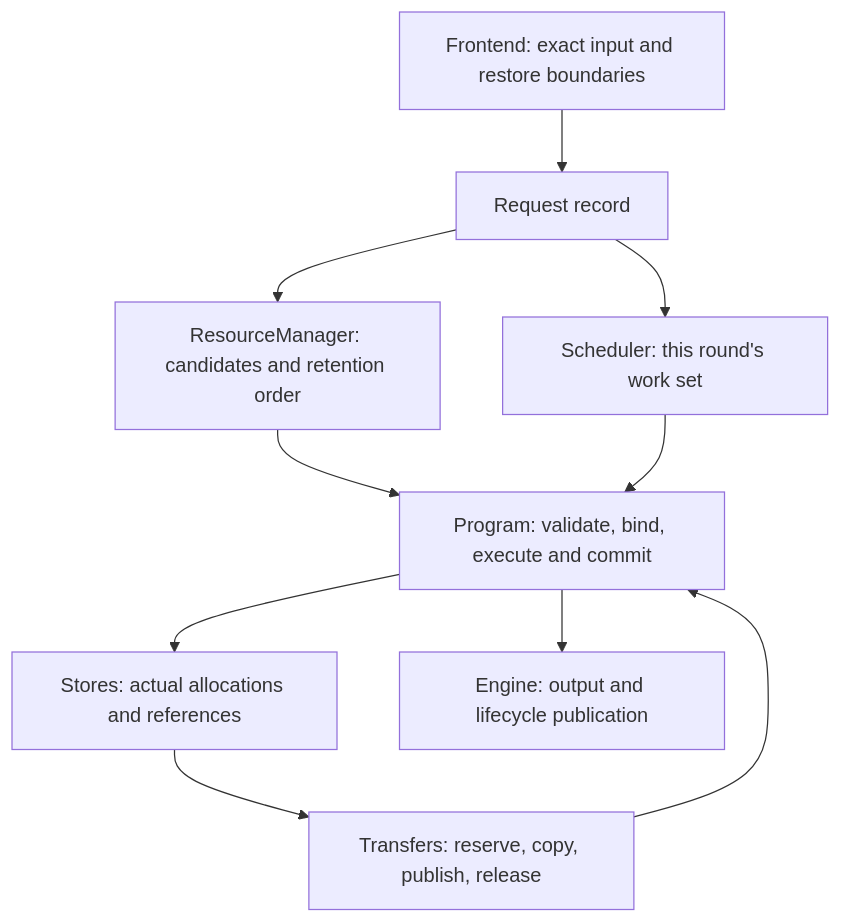
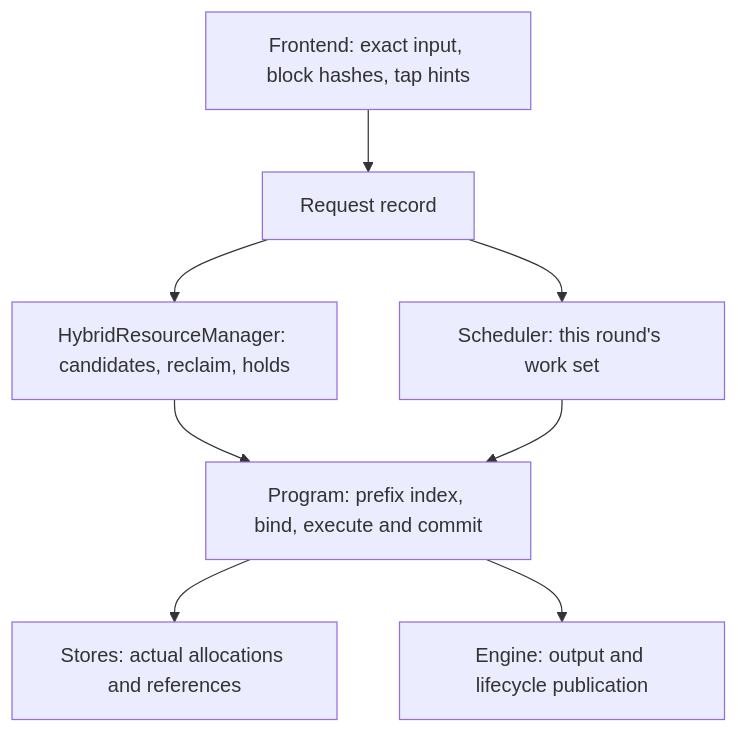
Before and after one commit to Wallawalla47/Infernix: the diagram in docs/maintainer/resource-scheduling-and-context-cache.md, drawn with Mermaid. The commit also changed other lines of this file and 106 other files, not shown here.

````diff
--- a/docs/maintainer/resource-scheduling-and-context-cache.md
+++ b/docs/maintainer/resource-scheduling-and-context-cache.md
@@ -47,12 +37,10 @@
 ```mermaid
 flowchart TD
-    F[Frontend: exact input and restore boundaries] --> Q[Request record]
+    F[Frontend: exact input, block hashes, tap hints] --> Q[Request record]
     Q --> S[Scheduler: this round's work set]
-    Q --> R[ResourceManager: candidates and retention order]
-    R --> N[Program: validate, bind, execute and commit]
+    Q --> R[HybridResourceManager: candidates, reclaim, holds]
+    R --> N[Program: prefix index, bind, execute and commit]
     S --> N
     N --> P[Stores: actual allocations and references]
-    P --> T[Transfers: reserve, copy, publish, release]
-    T --> N
     N --> E[Engine: output and lifecycle publication]
 ```
````
